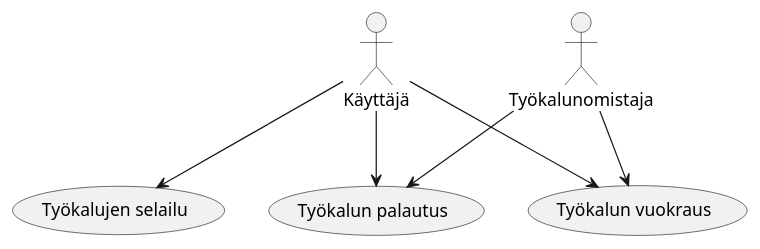
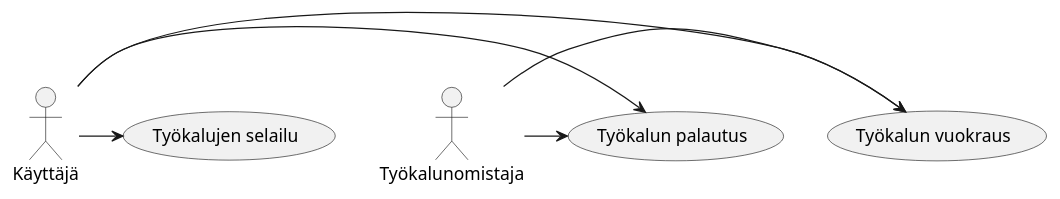
Before and after one commit to samsonitto/itool: the second of 2 diagrams in README.md, drawn with PlantUML.

````diff
--- a/README.md
+++ b/README.md
@@ -99,9 +99,9 @@
 ```plantuml
 @startuml
-    Käyttäjä --> (Työkalujen selailu)
-    Käyttäjä --> (Työkalun vuokraus)
-    Käyttäjä --> (Työkalun palautus)
-    :Työkalunomistaja: --> (Työkalun vuokraus)
-    :Työkalunomistaja: --> (Työkalun palautus)
+    Käyttäjä -> (Työkalujen selailu)
+    Käyttäjä -> (Työkalun vuokraus)
+    Käyttäjä -> (Työkalun palautus)
+    :Työkalunomistaja: -> (Työkalun vuokraus)
+    :Työkalunomistaja: -> (Työkalun palautus)
 @enduml
 ```
````
